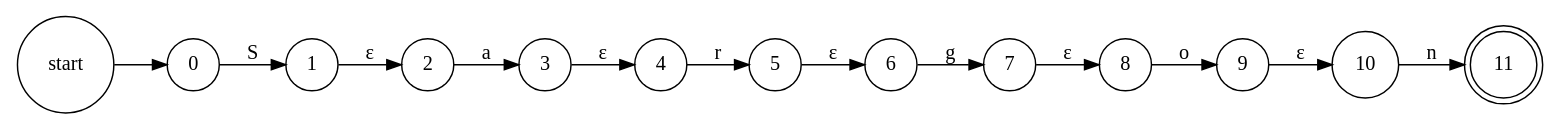
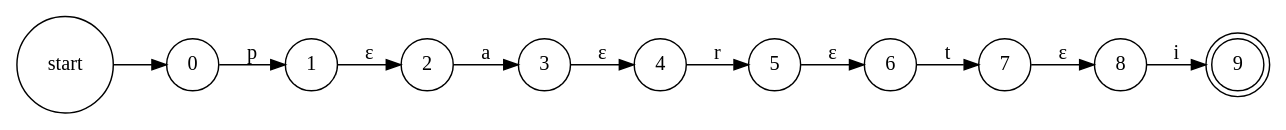
Before and after one commit to marouanosb/Gutenberg-text-search: the diagram in outputs/nfa.dot, drawn with Graphviz. The commit also changed 6 other files, not shown here.

```diff
--- a/outputs/nfa.dot
+++ b/outputs/nfa.dot
@@ -1,17 +1,15 @@
 digraph NFA {
   rankdir=LR;
   node [shape=circle];
   start -> 0;
-  0 -> 1 [label="S"];
+  0 -> 1 [label="p"];
   1 -> 2 [label="ε"];
   2 -> 3 [label="a"];
   3 -> 4 [label="ε"];
   4 -> 5 [label="r"];
   5 -> 6 [label="ε"];
-  6 -> 7 [label="g"];
+  6 -> 7 [label="t"];
   7 -> 8 [label="ε"];
-  8 -> 9 [label="o"];
-  9 -> 10 [label="ε"];
-  10 -> 11 [label="n"];
-  11 [shape=doublecircle];
+  8 -> 9 [label="i"];
+  9 [shape=doublecircle];
 }
```
